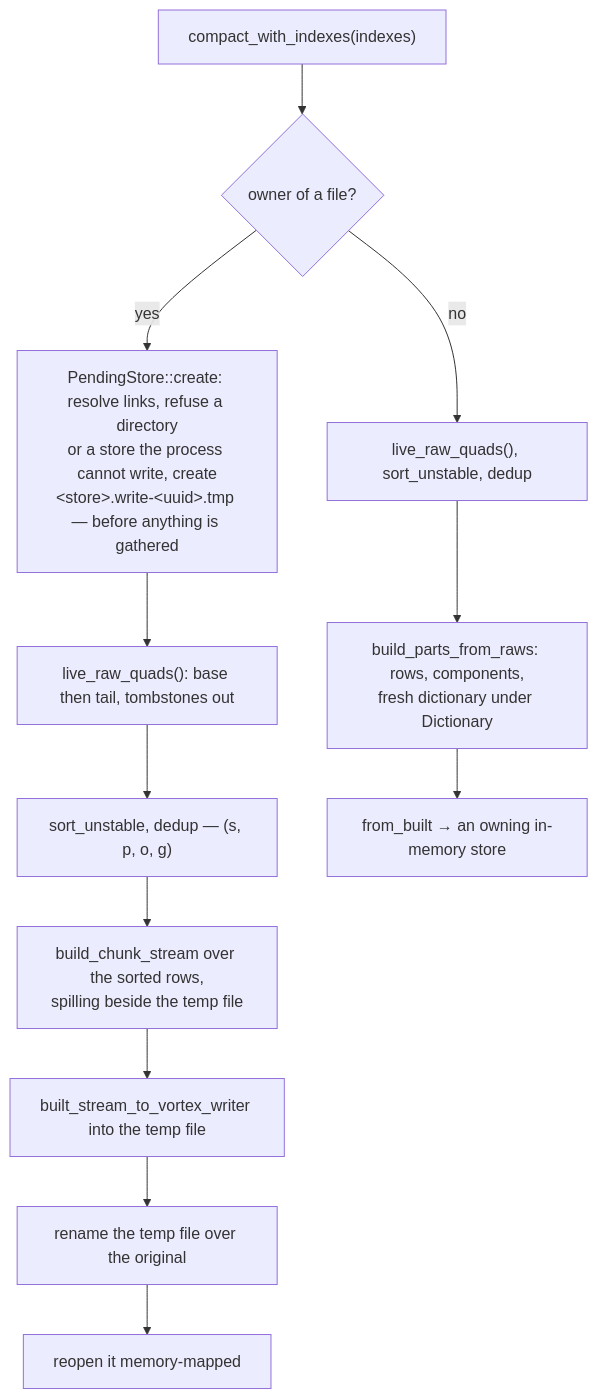
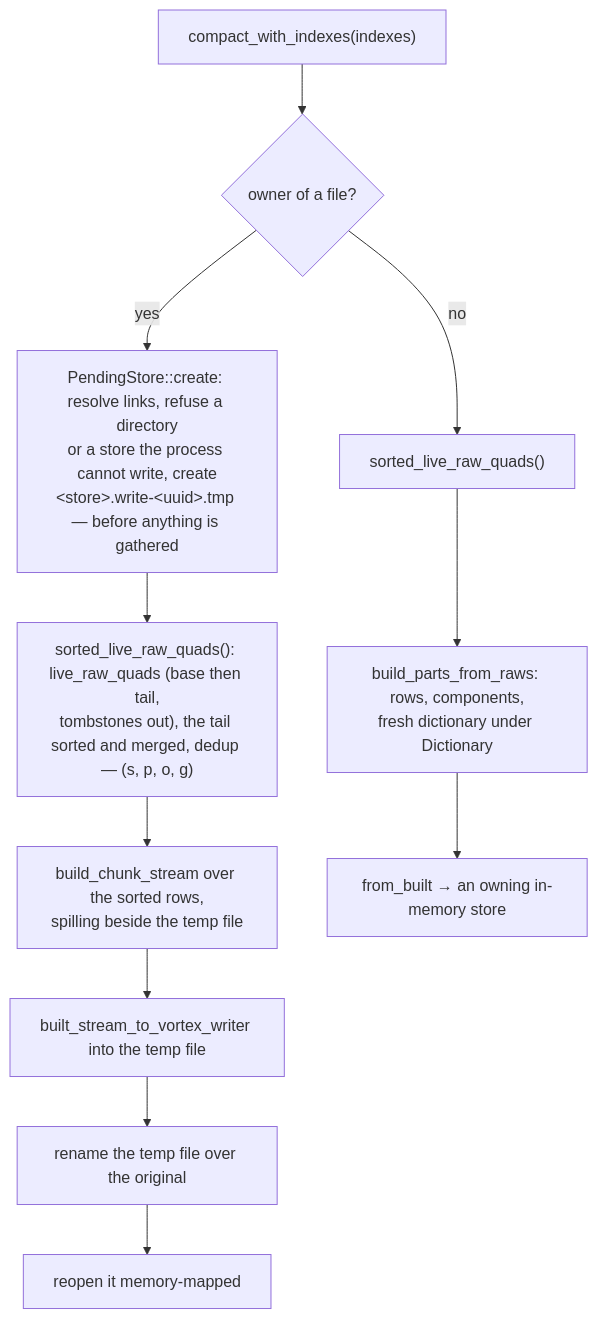
Before and after one commit to vortex-rdf/vortex-rdf: the fourth of 4 diagrams in docs/mutations.md, drawn with Mermaid. The commit also changed other lines of this file and 16 other files, not shown here.

First line of the commit message:
refactor(store): one rebuild from live rows for serialization and compaction

````diff
--- a/docs/mutations.md
+++ b/docs/mutations.md
@@ -199,14 +203,13 @@
 ```mermaid
 flowchart TD
     C["compact_with_indexes(indexes)"] --> O{"owner of a file?"}
     O -- "yes" --> P["PendingStore::create: resolve links, refuse a directory<br/>or a store the process cannot write, create<br/>&lt;store&gt;.write-&lt;uuid&gt;.tmp — before anything is gathered"]
-    P --> L["live_raw_quads(): base then tail, tombstones out"]
-    L --> S["sort_unstable, dedup — (s, p, o, g)"]
-    S --> F1["build_chunk_stream over the sorted rows,<br/>spilling beside the temp file"]
+    P --> L["sorted_live_raw_quads(): live_raw_quads (base then tail,<br/>tombstones out), the tail sorted and merged, dedup — (s, p, o, g)"]
+    L --> F1["build_chunk_stream over the sorted rows,<br/>spilling beside the temp file"]
     F1 --> F2["built_stream_to_vortex_writer into the temp file"]
     F2 --> F3["rename the temp file over the original"]
     F3 --> F4["reopen it memory-mapped"]
-    O -- "no" --> L2["live_raw_quads(), sort_unstable, dedup"]
+    O -- "no" --> L2["sorted_live_raw_quads()"]
     L2 --> M1["build_parts_from_raws: rows, components,<br/>fresh dictionary under Dictionary"]
     M1 --> M2["from_built → an owning in-memory store"]
 ```
````
